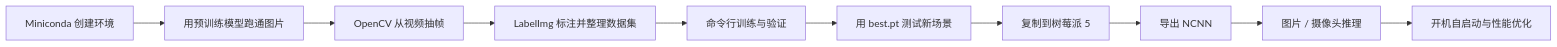
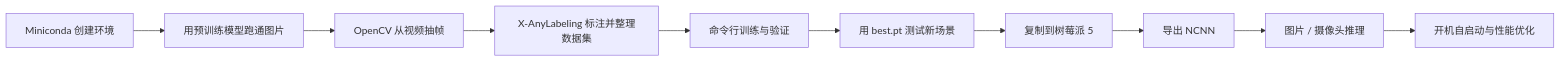
One commit to lhyzs-hub/lhyzs changed the first of 2 diagrams in docs/notes/工科学习/视觉/YOLO26零基础实战笔记.md. Above: the diagram before and after it, drawn with Mermaid. The commit also changed other lines of this file and 44 other files, not shown here.

````diff
--- a/docs/notes/工科学习/视觉/YOLO26零基础实战笔记.md
+++ b/docs/notes/工科学习/视觉/YOLO26零基础实战笔记.md
@@ -37,12 +37,12 @@
 ```mermaid
 flowchart LR
     A["Miniconda 创建环境"] --> B["用预训练模型跑通图片"]
     B --> C["OpenCV 从视频抽帧"]
-    C --> D["LabelImg 标注并整理数据集"]
+    C --> D["X-AnyLabeling 标注并整理数据集"]
     D --> E["命令行训练与验证"]
     E --> F["用 best.pt 测试新场景"]
     F --> G["复制到树莓派 5"]
     G --> H["导出 NCNN"]
     H --> I["图片 / 摄像头推理"]
     I --> J["开机自启动与性能优化"]
 ```
````
